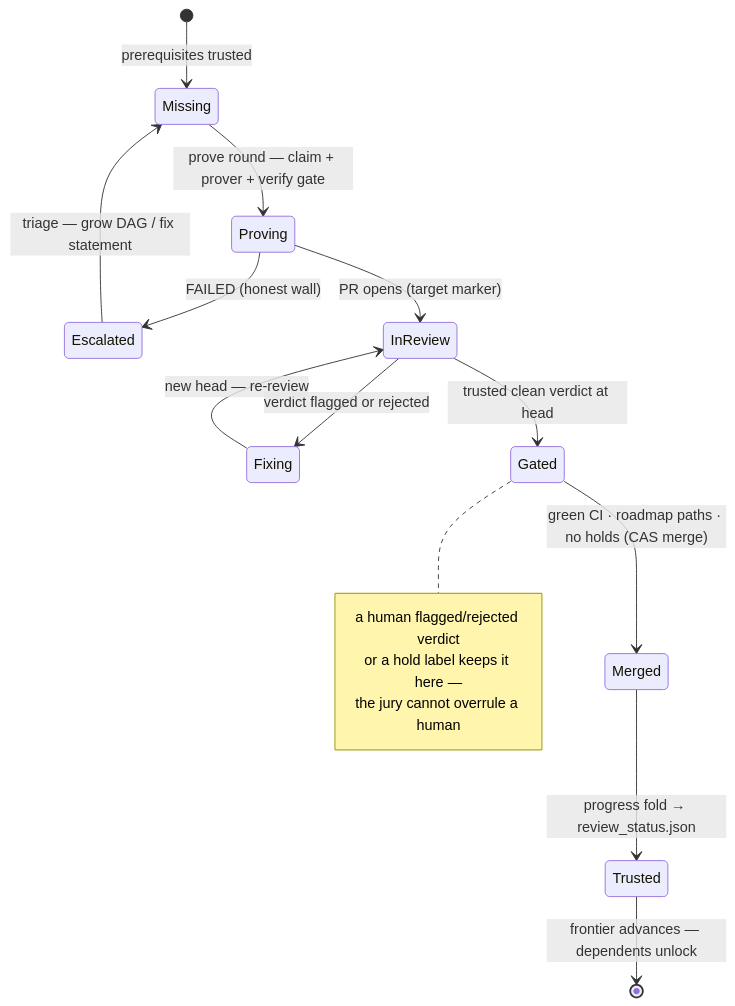
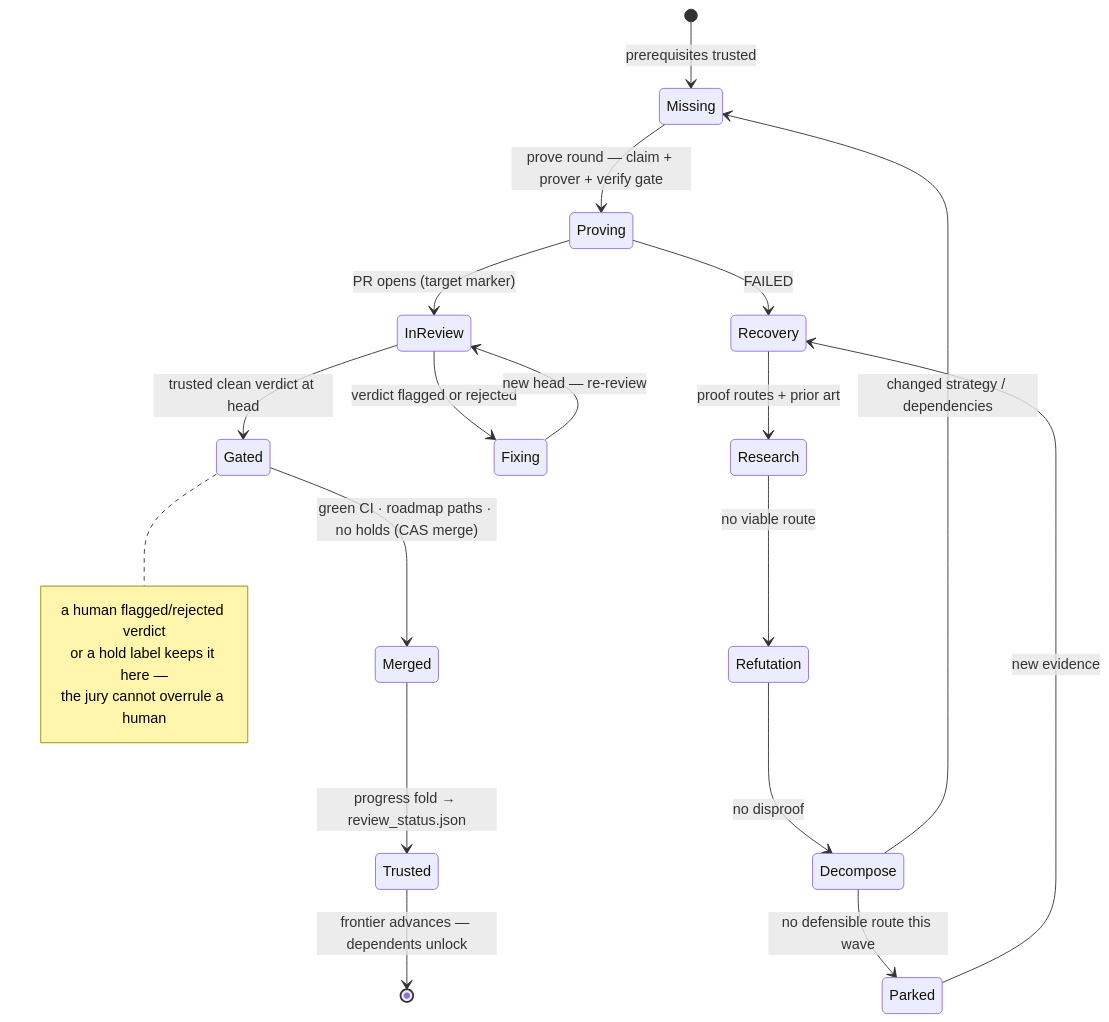
The fourth of 4 diagrams in docs/worker-cli.md (VivienCabannes/autoform-bot), drawn with Mermaid before and after one commit. The commit also changed other lines of this file and 13 other files, not shown here.

````diff
--- a/docs/worker-cli.md
+++ b/docs/worker-cli.md
@@ -300,19 +302,24 @@
 ```mermaid
 stateDiagram-v2
     [*] --> Missing: prerequisites trusted
     Missing --> Proving: prove round — claim + prover + verify gate
-    Proving --> Escalated: FAILED (honest wall)
-    Escalated --> Missing: triage — grow DAG / fix statement
+    Proving --> Recovery: FAILED
+    Recovery --> Research: proof routes + prior art
+    Research --> Refutation: no viable route
+    Refutation --> Decompose: no disproof
+    Decompose --> Missing: changed strategy / dependencies
+    Decompose --> Parked: no defensible route this wave
+    Parked --> Recovery: new evidence
     Proving --> InReview: PR opens (target marker)
     InReview --> Fixing: verdict flagged or rejected
     Fixing --> InReview: new head — re-review
     InReview --> Gated: trusted clean verdict at head
     Gated --> Merged: green CI · roadmap paths · no holds (CAS merge)
     Merged --> Trusted: progress fold → review_status.json
     Trusted --> [*]: frontier advances — dependents unlock
     note right of Gated
         a human flagged/rejected verdict
         or a hold label keeps it here —
         the jury cannot overrule a human
     end note
 ```
````
